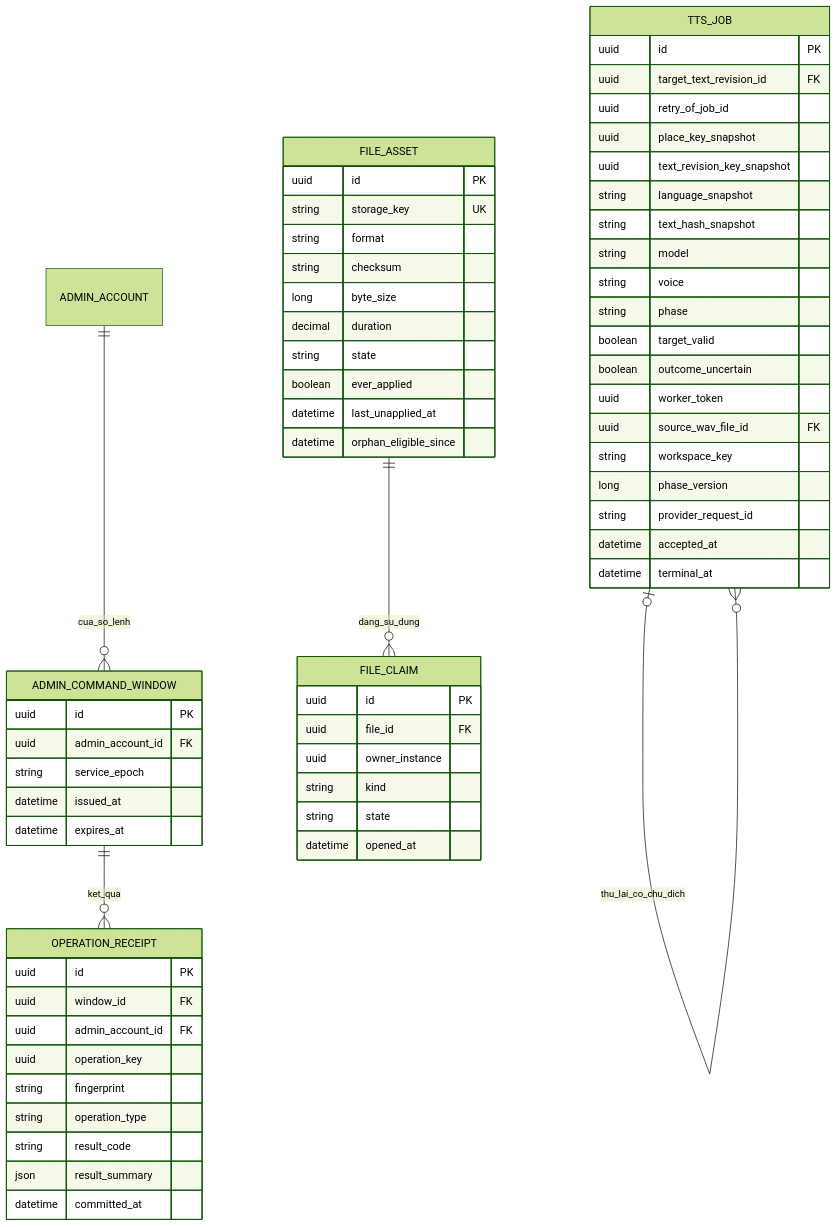
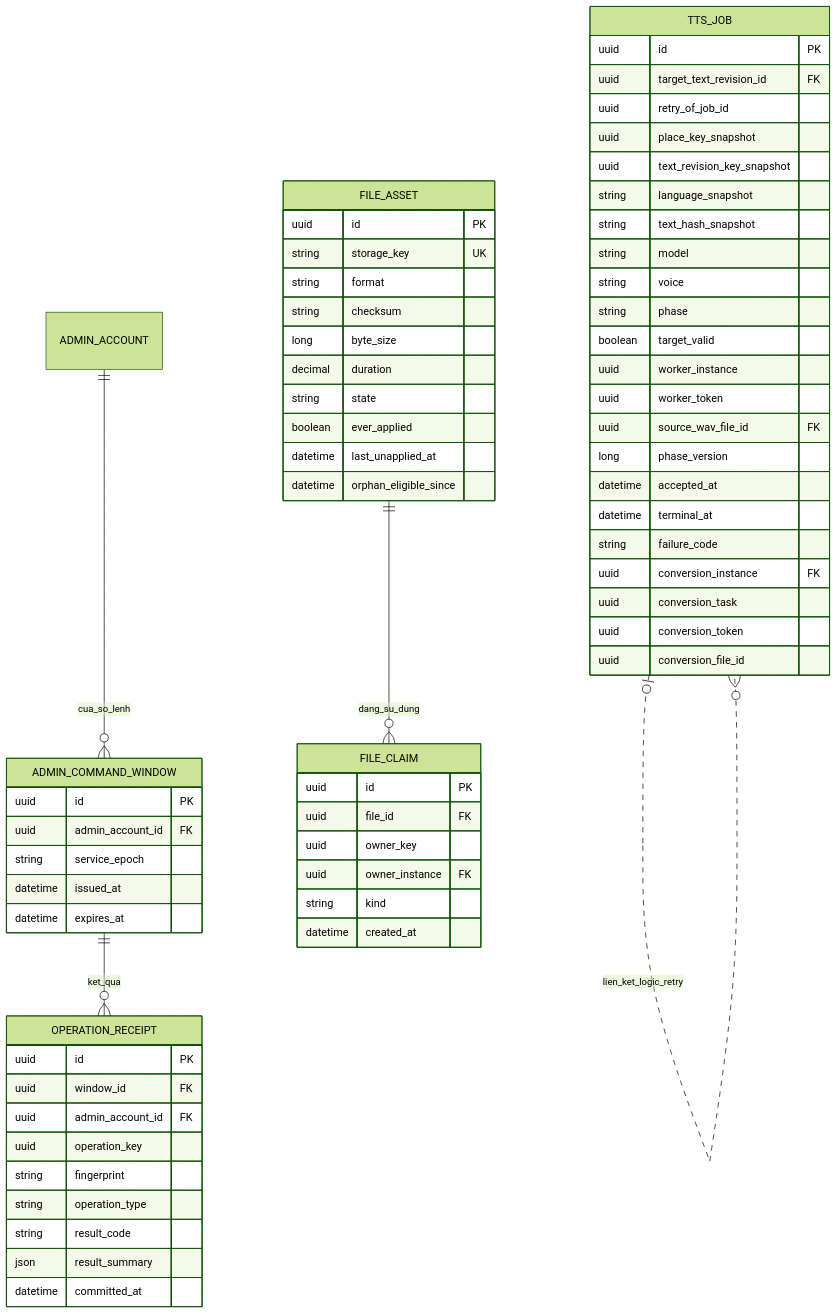
The third of 3 diagrams in docs/03-ky-thuat/data-model.md (khaithanh2726-beep/AudioQR_Kinh-thanh-Hue), drawn with Mermaid (forest theme) before and after one commit. The commit also changed other lines of this file and 44 other files, not shown here.

````diff
--- a/docs/03-ky-thuat/data-model.md
+++ b/docs/03-ky-thuat/data-model.md
@@ -206,66 +213,69 @@
 ```mermaid
 erDiagram
     ADMIN_ACCOUNT ||--o{ ADMIN_COMMAND_WINDOW : cua_so_lenh
     ADMIN_COMMAND_WINDOW ||--o{ OPERATION_RECEIPT : ket_qua
-    TTS_JOB o|--o{ TTS_JOB : thu_lai_co_chu_dich
+    TTS_JOB o|..o{ TTS_JOB : lien_ket_logic_retry
     FILE_ASSET ||--o{ FILE_CLAIM : dang_su_dung
     ADMIN_COMMAND_WINDOW {
         uuid id PK
         uuid admin_account_id FK
         string service_epoch
         datetime issued_at
         datetime expires_at
     }
     OPERATION_RECEIPT {
         uuid id PK
         uuid window_id FK
         uuid admin_account_id FK
         uuid operation_key
         string fingerprint
         string operation_type
         string result_code
         json result_summary
         datetime committed_at
     }
     TTS_JOB {
         uuid id PK
         uuid target_text_revision_id FK
         uuid retry_of_job_id
         uuid place_key_snapshot
         uuid text_revision_key_snapshot
         string language_snapshot
         string text_hash_snapshot
         string model
         string voice
         string phase
         boolean target_valid
-        boolean outcome_uncertain
+        uuid worker_instance
         uuid worker_token
         uuid source_wav_file_id FK
-        string workspace_key
         long phase_version
-        string provider_request_id
         datetime accepted_at
         datetime terminal_at
+        string failure_code
+        uuid conversion_instance FK
+        uuid conversion_task
+        uuid conversion_token
+        uuid conversion_file_id
     }
     FILE_ASSET {
         uuid id PK
         string storage_key UK
         string format
         string checksum
         long byte_size
         decimal duration
         string state
         boolean ever_applied
         datetime last_unapplied_at
         datetime orphan_eligible_since
     }
     FILE_CLAIM {
         uuid id PK
         uuid file_id FK
-        uuid owner_instance
+        uuid owner_key
+        uuid owner_instance FK
         string kind
-        string state
-        datetime opened_at
+        datetime created_at
     }
 ```
````
